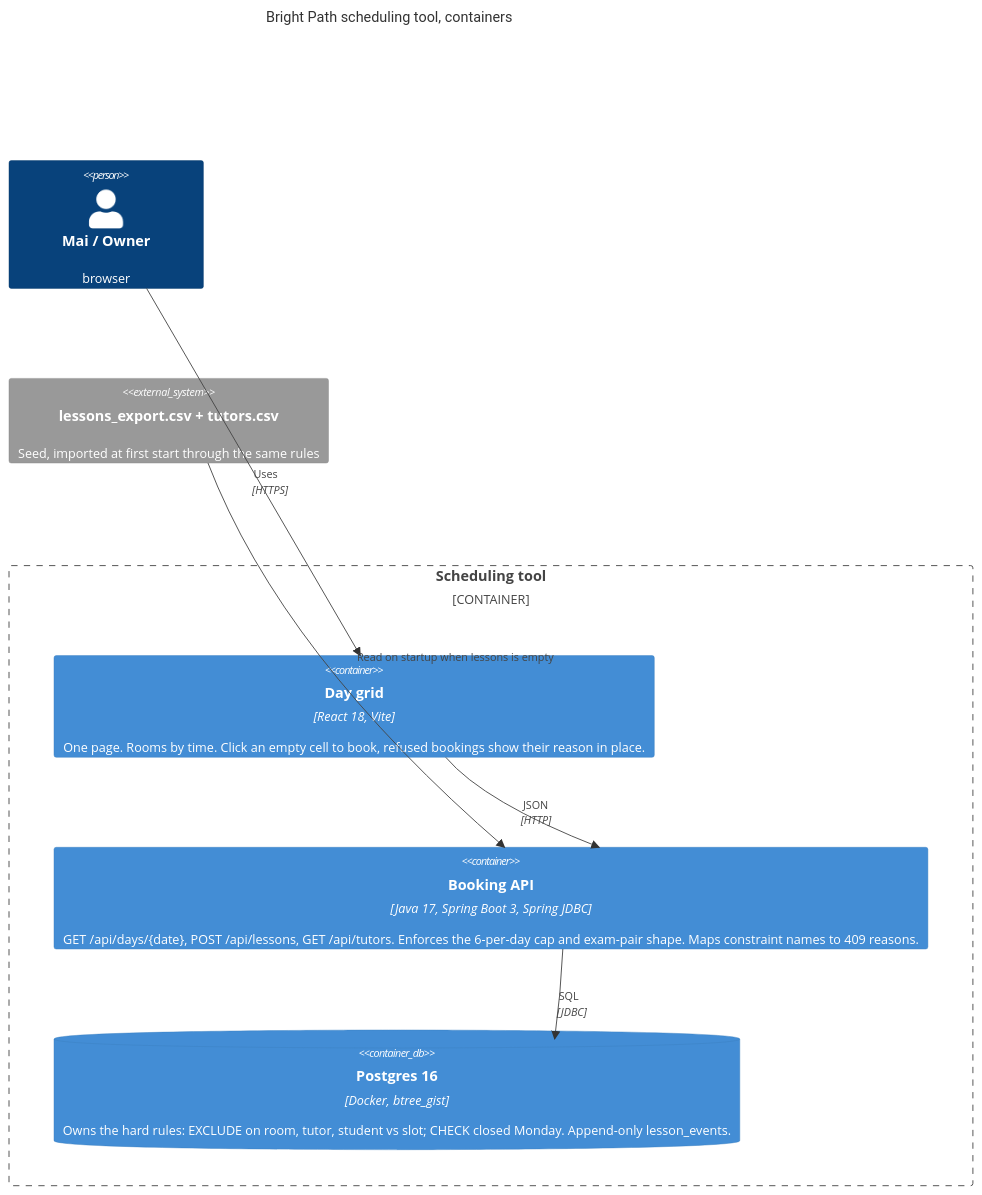
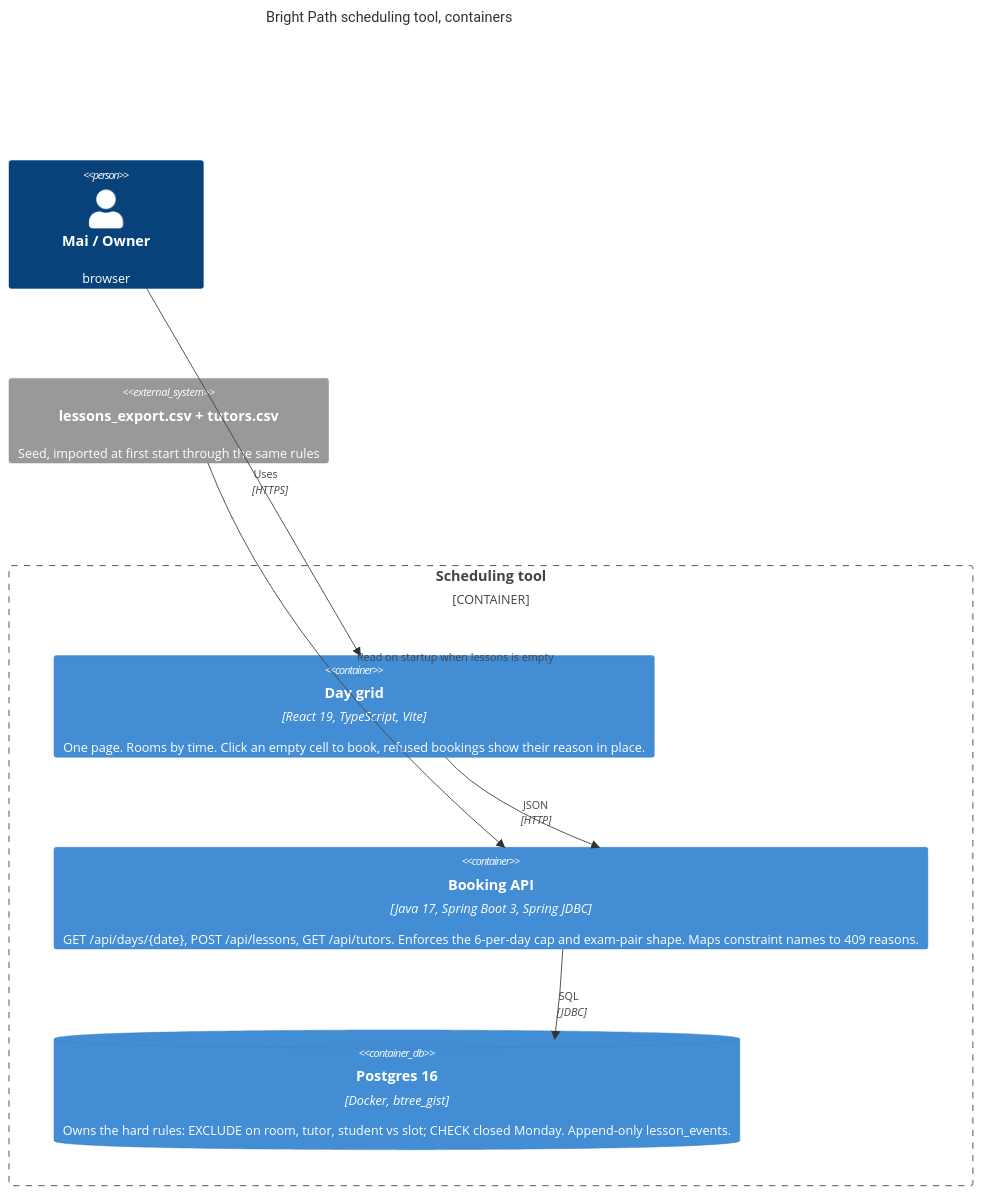
Before and after one commit to bia3334/bright-path-scheduling: the second of 5 diagrams in docs/architecture.md, drawn with Mermaid. The commit also changed 9 other files, not shown here.

First line of the commit message:
Phase 5 · Polish · Frontend in TypeScript

````diff
--- a/docs/architecture.md
+++ b/docs/architecture.md
@@ -28,19 +28,19 @@
 ```mermaid
 C4Container
   title Bright Path scheduling tool, containers
 
   Person(mai, "Mai / Owner", "browser")
 
   Container_Boundary(tool, "Scheduling tool") {
-    Container(web, "Day grid", "React 18, Vite", "One page. Rooms by time. Click an empty cell to book, refused bookings show their reason in place.")
+    Container(web, "Day grid", "React 19, TypeScript, Vite", "One page. Rooms by time. Click an empty cell to book, refused bookings show their reason in place.")
     Container(api, "Booking API", "Java 17, Spring Boot 3, Spring JDBC", "GET /api/days/{date}, POST /api/lessons, GET /api/tutors. Enforces the 6-per-day cap and exam-pair shape. Maps constraint names to 409 reasons.")
     ContainerDb(db, "Postgres 16", "Docker, btree_gist", "Owns the hard rules: EXCLUDE on room, tutor, student vs slot; CHECK closed Monday. Append-only lesson_events.")
   }
 
   System_Ext(csv, "lessons_export.csv + tutors.csv", "Seed, imported at first start through the same rules")
 
   Rel(mai, web, "Uses", "HTTPS")
   Rel(web, api, "JSON", "HTTP")
   Rel(api, db, "SQL", "JDBC")
   Rel(csv, api, "Read on startup when lessons is empty")
 ```
````
